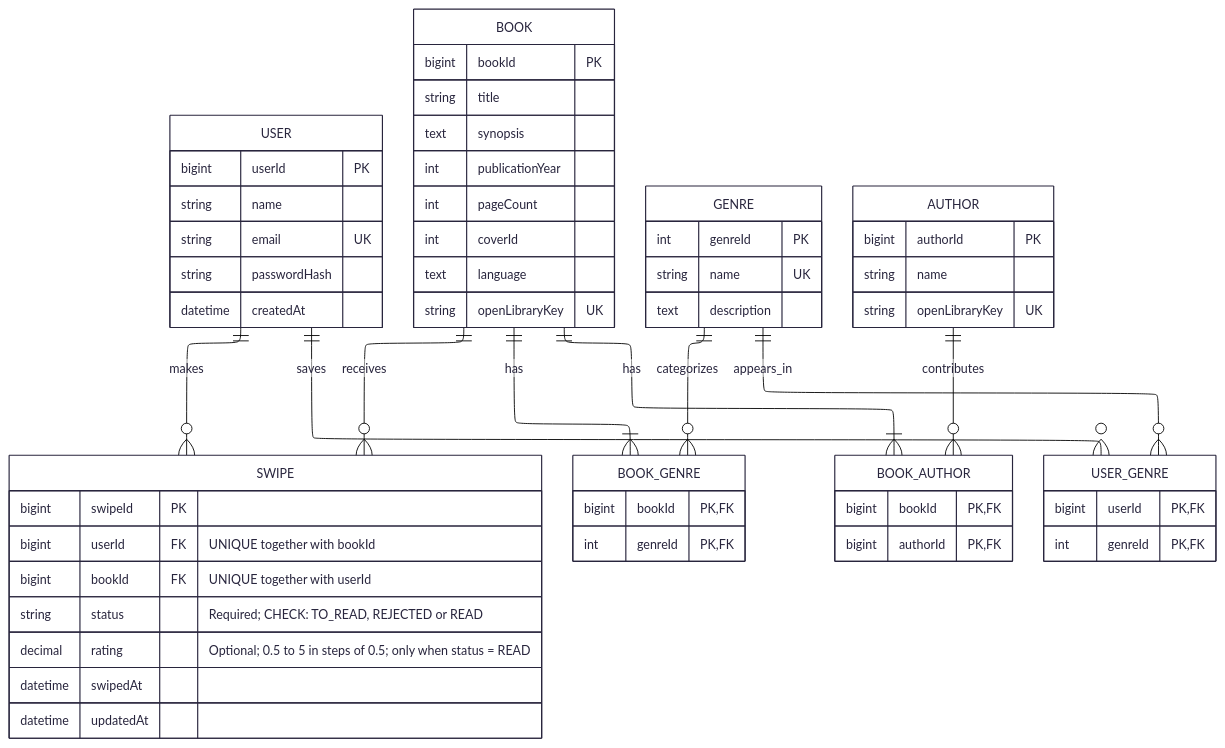
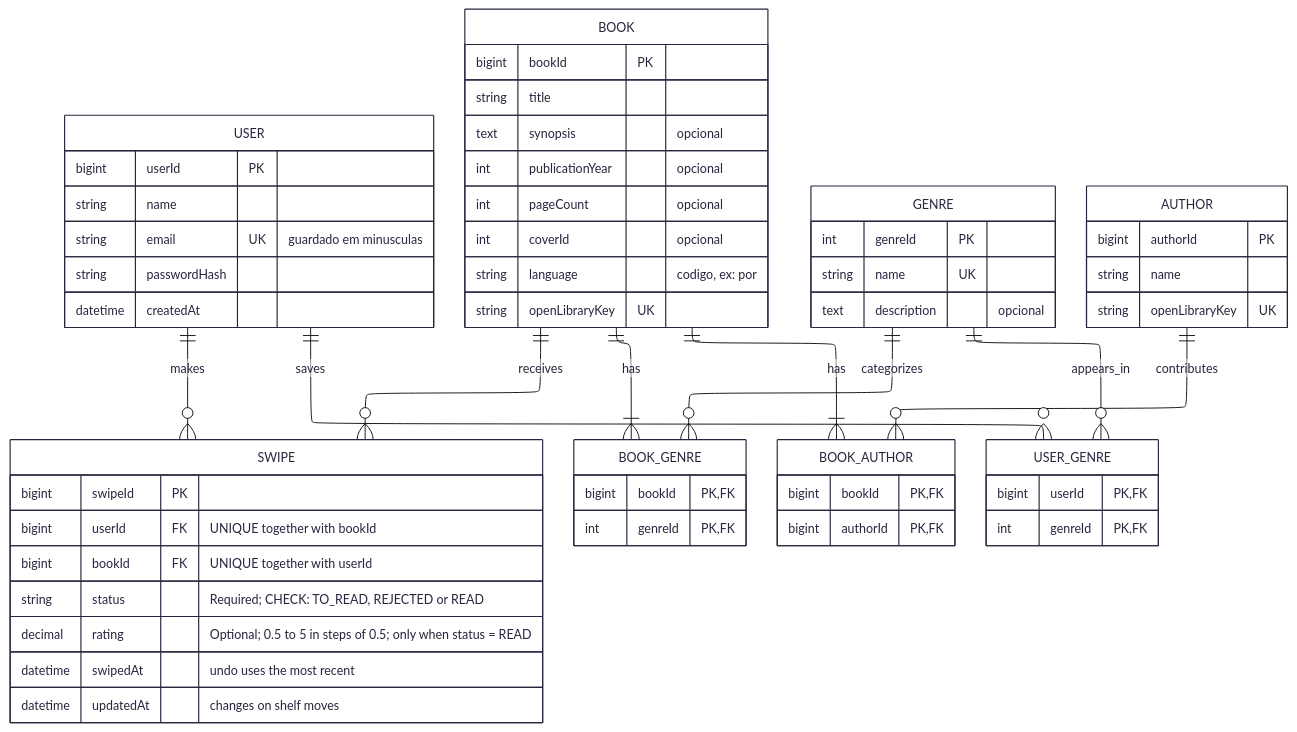
The diagram in docs/er-diagram.md (kakurokan/BookSwipe), drawn with Mermaid before and after one commit.

Commit message:
update er diagram (#4)

````diff
--- a/docs/er-diagram.md
+++ b/docs/er-diagram.md
@@ -3,65 +3,65 @@
 ```mermaid
 ---
 config:
   theme: redux
   layout: elk
 ---
 erDiagram
     USER ||--o{ SWIPE : makes
     BOOK ||--o{ SWIPE : receives
     BOOK ||--|{ BOOK_GENRE : has
     GENRE ||--o{ BOOK_GENRE : categorizes
     BOOK ||--|{ BOOK_AUTHOR : has
     AUTHOR ||--o{ BOOK_AUTHOR : contributes
     USER ||--o{ USER_GENRE : saves
     GENRE ||--o{ USER_GENRE : appears_in
 
     USER {
         bigint userId PK
         string name
-        string email UK
+        string email UK "guardado em minusculas"
         string passwordHash
         datetime createdAt
     }
     GENRE {
         int genreId PK
         string name UK
-        text description
+        text description "opcional"
     }
     BOOK {
         bigint bookId PK
         string title
-        text synopsis
-        int publicationYear
-        int pageCount
-        int coverId
-        text language
+        text synopsis "opcional"
+        int publicationYear "opcional"
+        int pageCount "opcional"
+        int coverId "opcional"
+        string language "codigo, ex: por"
         string openLibraryKey UK
     }
     BOOK_GENRE {
         bigint bookId PK, FK
         int genreId PK, FK
     }
     AUTHOR {
         bigint authorId PK
         string name
         string openLibraryKey UK
     }
     BOOK_AUTHOR {
         bigint bookId PK, FK
         bigint authorId PK, FK
     }
     SWIPE {
         bigint swipeId PK
         bigint userId FK "UNIQUE together with bookId"
         bigint bookId FK "UNIQUE together with userId"
         string status "Required; CHECK: TO_READ, REJECTED or READ"
         decimal rating "Optional; 0.5 to 5 in steps of 0.5; only when status = READ"
-        datetime swipedAt
-        datetime updatedAt
+        datetime swipedAt "undo uses the most recent"
+        datetime updatedAt "changes on shelf moves"
     }
     USER_GENRE {
         bigint userId PK, FK
         int genreId PK, FK
     }
 ```
````
